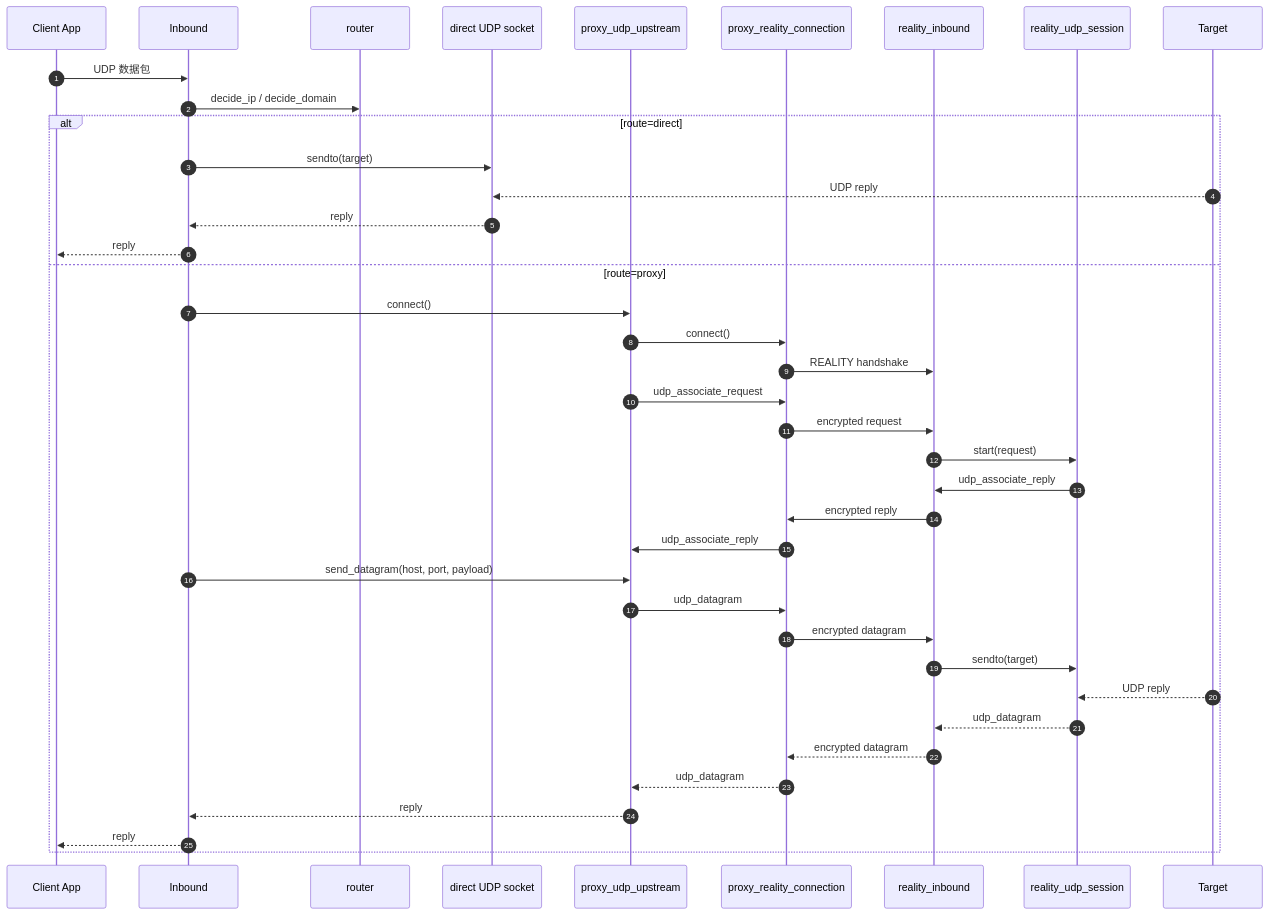
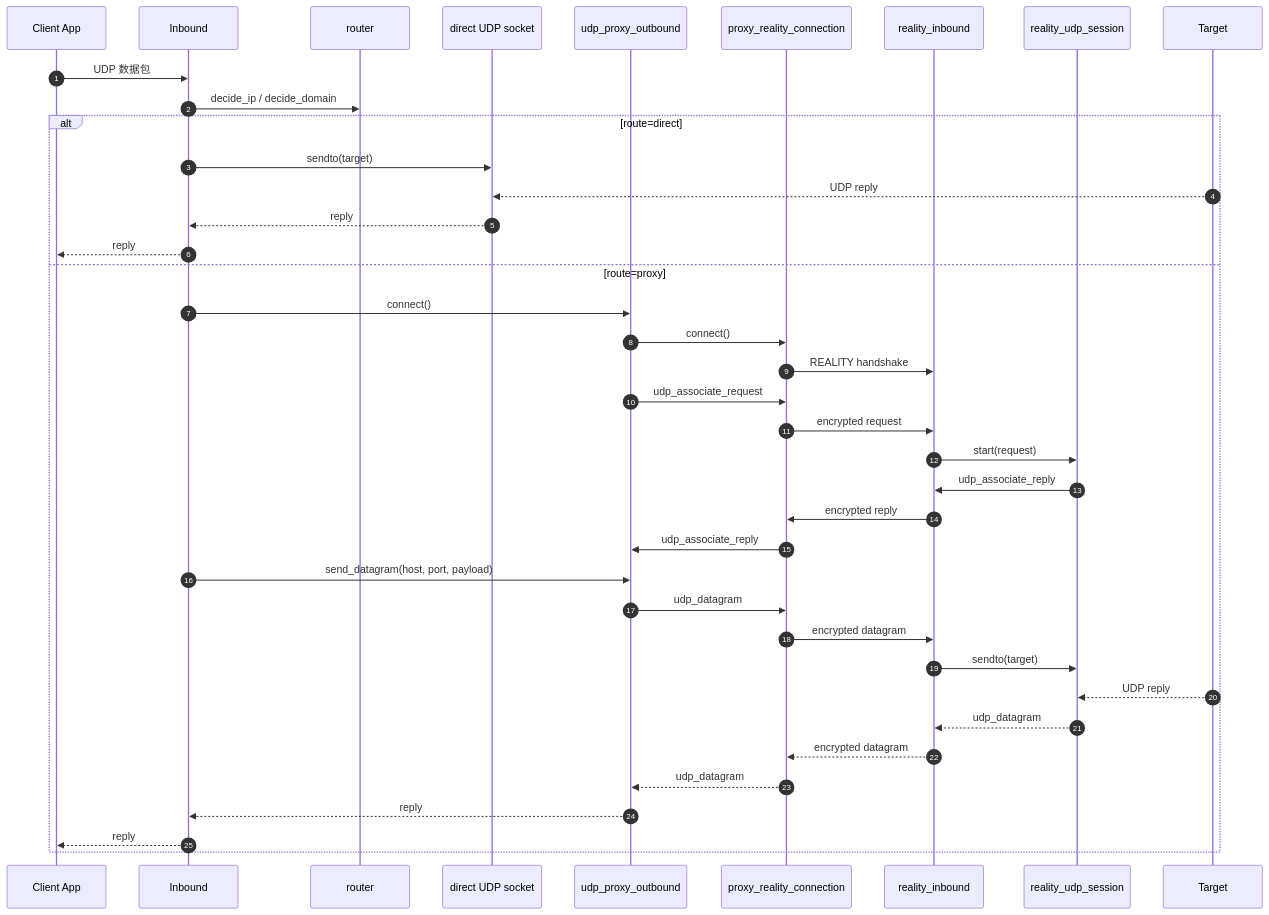
One commit to gyl30/socks changed the third of 5 diagrams in doc/flow.md. Above: the diagram before and after it, drawn with Mermaid. The commit also changed other lines of this file and 3 other files, not shown here.

Commit message:
docs(architecture): 同步出站流命名重构

````diff
--- a/doc/flow.md
+++ b/doc/flow.md
@@ -125,44 +125,44 @@
 ```mermaid
 sequenceDiagram
   autonumber
   participant App as Client App
   participant Inb as Inbound
   participant Router as router
   participant Direct as direct UDP socket
-  participant ProxyUdp as proxy_udp_upstream
+  participant ProxyUdp as udp_proxy_outbound
   participant Conn as proxy_reality_connection
   participant Server as reality_inbound
   participant RUdp as reality_udp_session
   participant Target as Target
 
   App->>Inb: UDP 数据包
   Inb->>Router: decide_ip / decide_domain
 
   alt route=direct
     Inb->>Direct: sendto(target)
     Target-->>Direct: UDP reply
     Direct-->>Inb: reply
     Inb-->>App: reply
   else route=proxy
     Inb->>ProxyUdp: connect()
     ProxyUdp->>Conn: connect()
     Conn->>Server: REALITY handshake
     ProxyUdp->>Conn: udp_associate_request
     Conn->>Server: encrypted request
     Server->>RUdp: start(request)
     RUdp->>Server: udp_associate_reply
     Server->>Conn: encrypted reply
     Conn->>ProxyUdp: udp_associate_reply
 
     Inb->>ProxyUdp: send_datagram(host, port, payload)
     ProxyUdp->>Conn: udp_datagram
     Conn->>Server: encrypted datagram
     Server->>RUdp: sendto(target)
     Target-->>RUdp: UDP reply
     RUdp-->>Server: udp_datagram
     Server-->>Conn: encrypted datagram
     Conn-->>ProxyUdp: udp_datagram
     ProxyUdp-->>Inb: reply
     Inb-->>App: reply
   end
 ```
````
